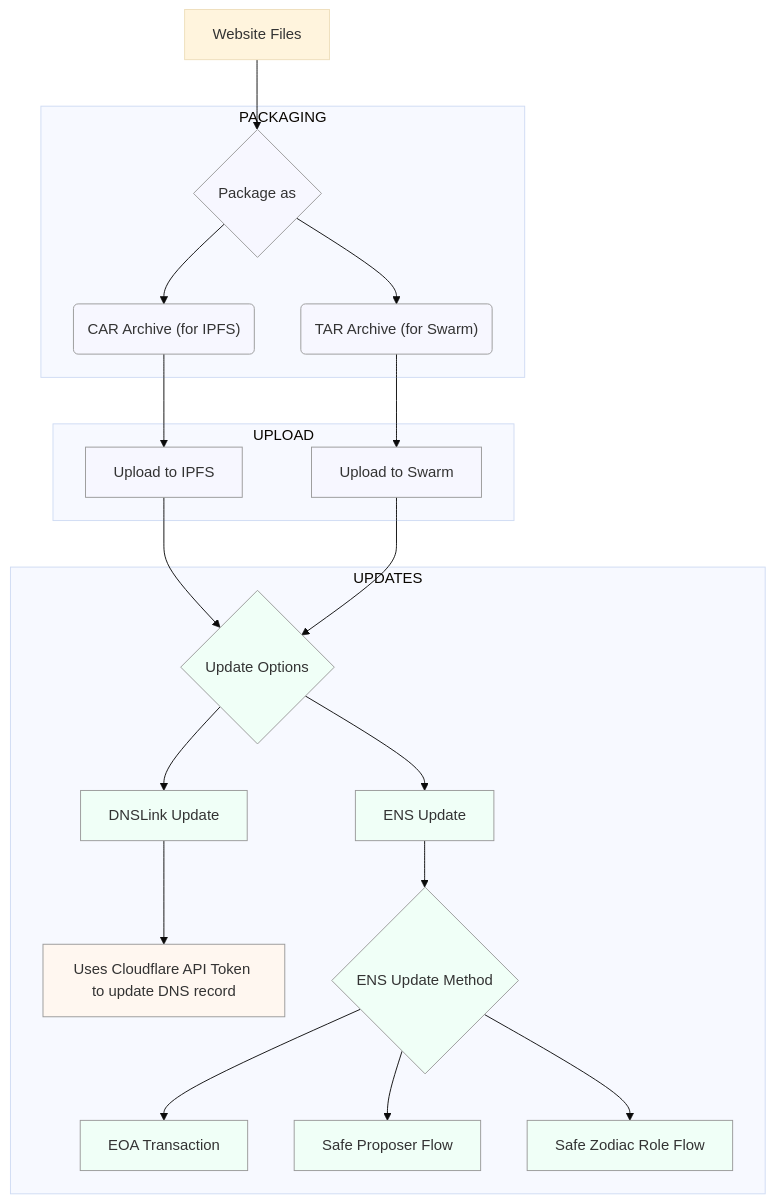
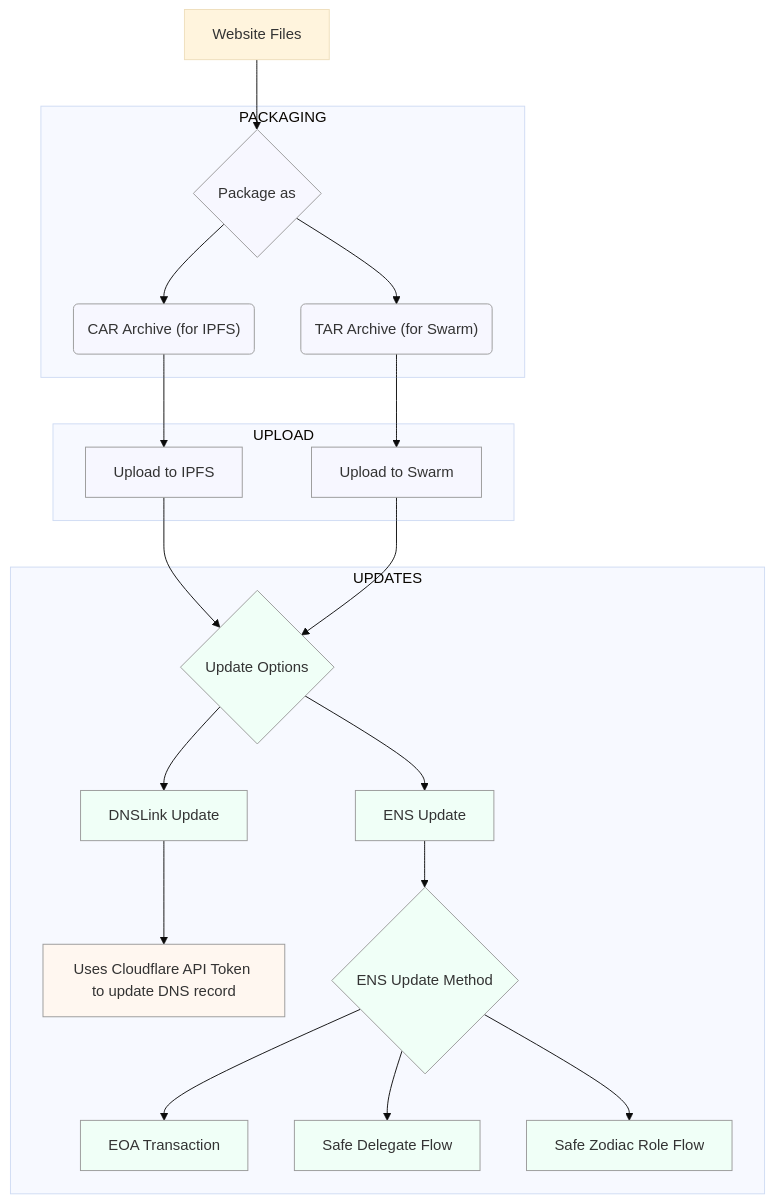
Before and after one commit to omnipin/omnipin: the diagram in docs/docs/how-it-works.md, drawn with Mermaid (base theme). The commit also changed other lines of this file and 5 other files, not shown here.

````diff
--- a/docs/docs/how-it-works.md
+++ b/docs/docs/how-it-works.md
@@ -5,51 +5,51 @@
 ```mermaid
 flowchart TD
   %% Nodes
   A["Website Files"] --> B{Package as}
   B --> C("CAR Archive (for IPFS)")
   B --> D("TAR Archive (for Swarm)")
   C --> E["Upload to IPFS"]
   D --> F["Upload to Swarm"]
   E --> G{Update Options}
   F --> G
   G --> H["DNSLink Update"]
   G --> I["ENS Update"]
   H --> H1["Uses Cloudflare API Token to update DNS record"]
   I --> J{ENS Update Method}
   J --> J1["EOA Transaction"]
-  J --> J2["Safe Proposer Flow"]
+  J --> J2["Safe Delegate Flow"]
   J --> J3["Safe Zodiac Role Flow"]
 
   %% Subgraphs for grouping
   subgraph PACKAGING
     B
     C
     D
   end
 
   subgraph UPLOAD
     E
     F
   end
 
   subgraph UPDATES
     G
     H
     H1
     I
     J
     J1
     J2
     J3
   end
 
   %% Classes for colors
   classDef storage fill:#f7f7ff,stroke:#999,stroke-width:1px;
   classDef upd     fill:#f0fff7,stroke:#999,stroke-width:1px;
   classDef act     fill:#fff7f0,stroke:#999,stroke-width:1px;
 
   class B,C,D,E,F storage;
   class G,H,I,J,J1,J2,J3 upd;
   class H1 act;
 
 ```
````
